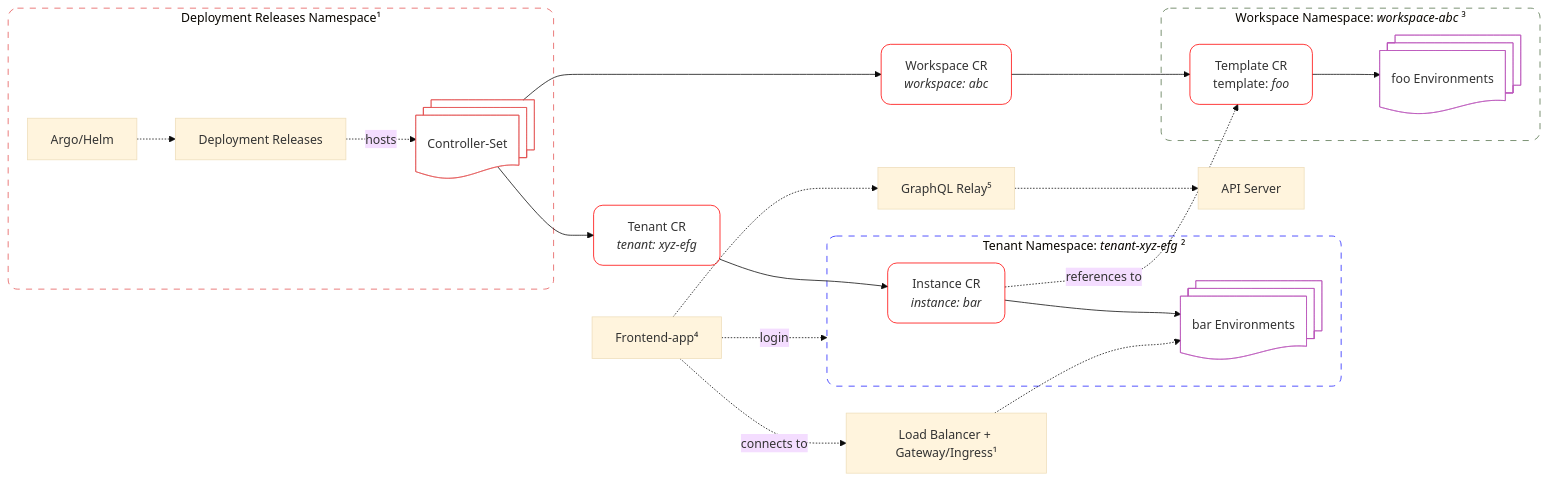
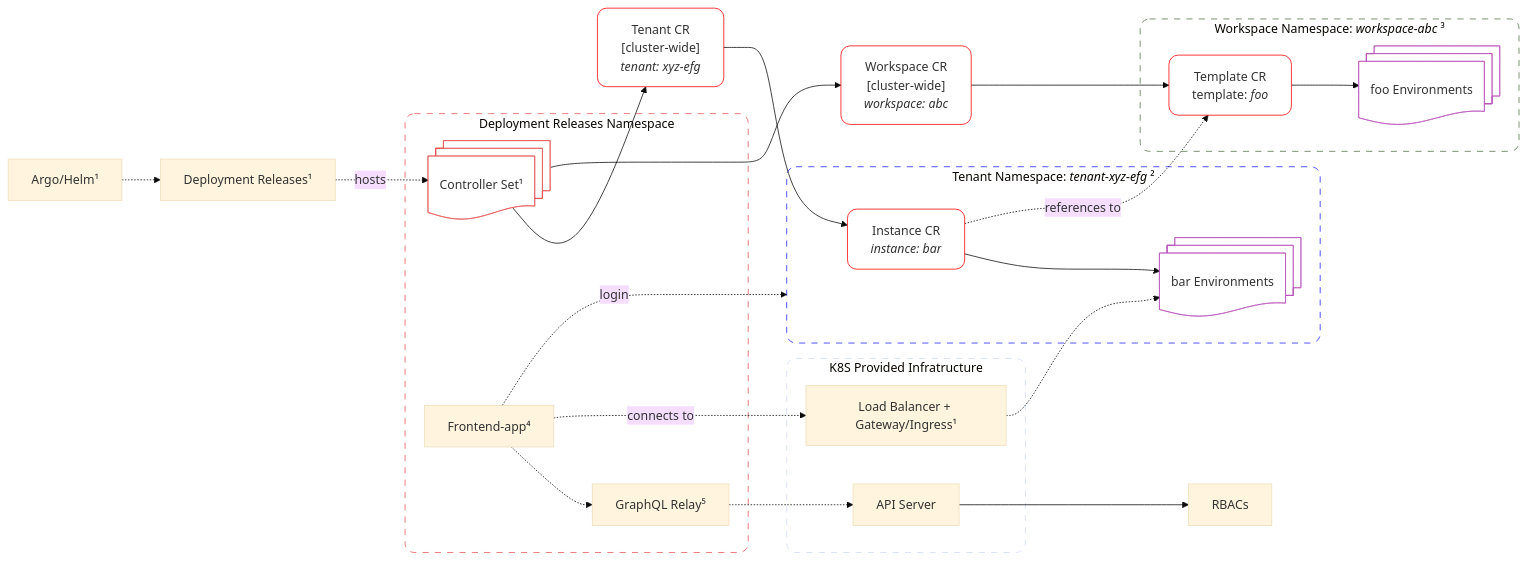
The second of 5 diagrams in BIGPICTURE.md (netgroup-polito/CrownLabs), drawn with Mermaid (base theme) before and after one commit. The commit also changed other lines of this file, not shown here.

Commit message:
edited home BP

````diff
--- a/BIGPICTURE.md
+++ b/BIGPICTURE.md
@@ -34,61 +34,67 @@
 ```mermaid
 flowchart LR
 
-subgraph ReleasesNS["Deployment Releases Namespace¹"]
-    Argo["Argo/Helm"]
-    Releases["Deployment Releases"]
-    Controllers@{shape: docs, label: "Controller-Set"}
+Argo["Argo/Helm¹"]
+Releases["Deployment Releases¹"]
+subgraph ReleasesNS["Deployment Releases Namespace"]
+    Controllers@{shape: docs, label: "Controller Set¹"}
+    Frontend["Frontend-app⁴"]
+    GraphQL["GraphQL Relay⁵"]
 
-    Argo .-> Releases -. hosts .-> Controllers
+    Frontend .-> GraphQL
 end
-
 TenantCR["`Tenant CR
-_tenant: xyz-efg_`"]
+    [cluster-wide]
+    _tenant: xyz-efg_`"]
 Controllers --> TenantCR
 subgraph TenantNS["`Tenant Namespace: _tenant-xyz-efg_ ²`"]
     InstanceCR["`Instance CR
         _instance: bar_`"]
     InstanceEnv@{shape: docs, label: "bar Environments"}
 
     InstanceCR --> InstanceEnv
 end
-TenantCR --> InstanceCR
-
+subgraph K8S["K8S Provided Infratructure"]
+    APIServer["API Server"]
+    GWAPI["Load Balancer + Gateway/Ingress¹"]
+end
+RBAC["RBACs"]
 WorkspaceCR["`Workspace CR
-_workspace: abc_`"]
+    [cluster-wide]
+    _workspace: abc_`"]
 Controllers --> WorkspaceCR
 subgraph WorkspaceNS["`Workspace Namespace: _workspace-abc_ ³`"]
     TemplateCR["`Template CR
         template: _foo_`"]
     TemplateEnv@{shape: docs, label: "foo Environments"}
 
     TemplateCR --> TemplateEnv
 end
+
+Argo .-> Releases
+Releases -. hosts .-> Controllers
+Frontend -. login .-> TenantNS
+Frontend -. connects to .-> GWAPI
+GraphQL .-> APIServer
+GWAPI .-> InstanceEnv
 WorkspaceCR --> TemplateCR
 InstanceCR -. references to .-> TemplateCR
+TenantCR --> InstanceCR
+APIServer --> RBAC
 
-Frontend["Frontend-app⁴"]
-GraphQL["GraphQL Relay⁵"]
-APIServer["API Server"]
-GWAPI["Load Balancer + Gateway/Ingress¹"]
-
-Frontend -. login .-> TenantNS
-Frontend .-> GraphQL .-> APIServer
-Frontend -. connects to .-> GWAPI
-
-GWAPI .-> InstanceEnv
-
+classDef GenericDashedBS fill:none,rx:12,ry:12,stroke-dasharray:8
 classDef ControllerDashedBS stroke:#E45756,rx:12,ry:12,fill:none,stroke-dasharray:8
 classDef ControllerBS stroke:#E45756,rx:12,ry:12,fill:none
 classDef WorkspaceDashedBS stroke:#54724B,rx:12,ry:12,fill:none,stroke-dasharray:8
 classDef CustomResourceBS stroke:#FF0000,rx:12,ry:12,fill:none
 classDef TenantDashedBS stroke:#2222FF,rx:12,ry:12,fill:none,stroke-dasharray:8
 classDef InstanceBS stroke:#BB55BB,rx:12,ry:12,fill:none
 
+class K8S GenericDashedBS
 class ReleasesNS ControllerDashedBS
 class Controllers ControllerBS
 class WorkspaceCR,TenantCR,InstanceCR,TemplateCR CustomResourceBS
 class WorkspaceNS WorkspaceDashedBS
 class TenantNS TenantDashedBS
 class InstanceEnv,TemplateEnv InstanceBS
 ```
````
